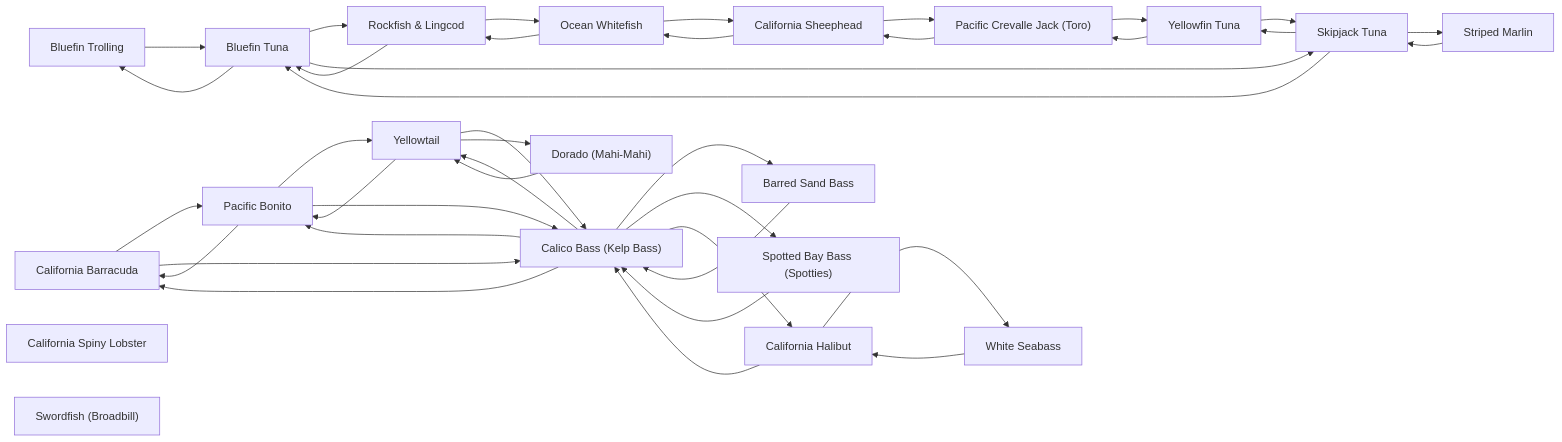
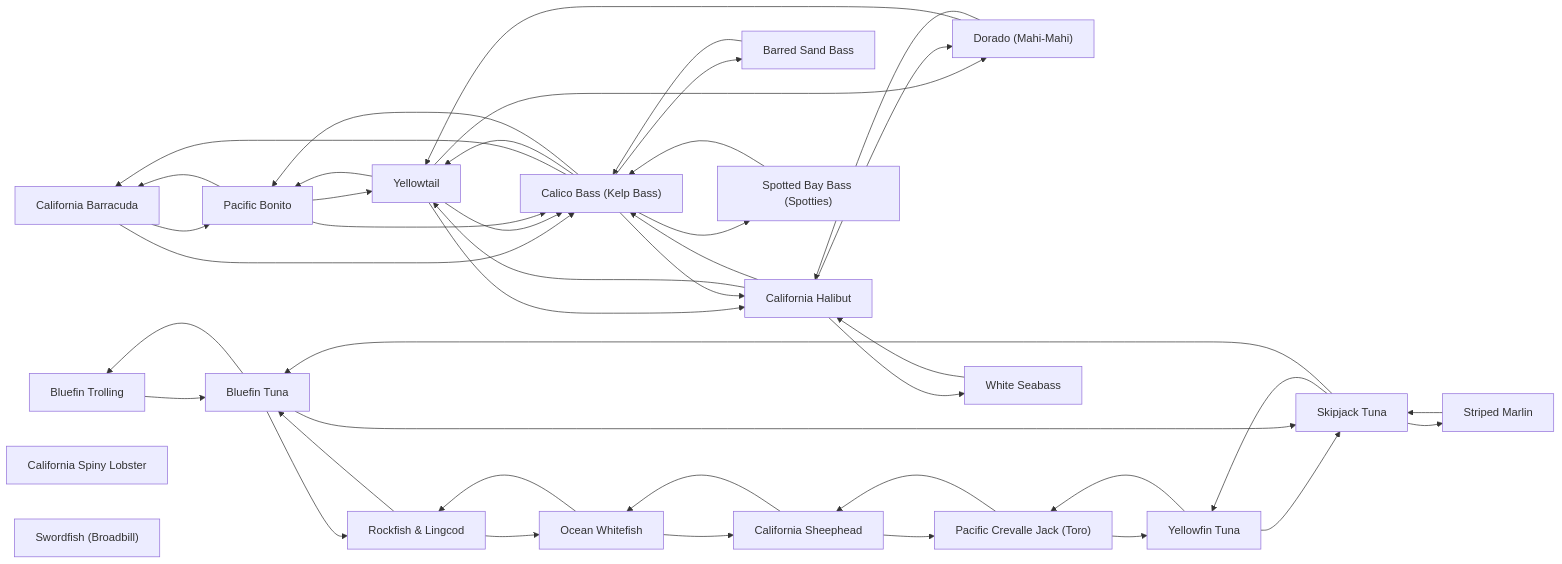
The diagram in species/README.md (camchuckpete-max/Socal-Fishing-Knowledge), drawn with Mermaid before and after one commit. The commit also changed 6 other files, not shown here.

````diff
--- a/species/README.md
+++ b/species/README.md
@@ -33,61 +33,65 @@
 ```mermaid
 graph LR
   n0["California Barracuda"]
   n1["Bluefin Trolling"]
   n2["Bluefin Tuna"]
   n3["Pacific Bonito"]
   n4["Calico Bass (Kelp Bass)"]
   n5["California Halibut"]
   n6["California Spiny Lobster"]
   n7["Dorado (Mahi-Mahi)"]
   n8["Ocean Whitefish"]
   n9["Pacific Crevalle Jack (Toro)"]
   n10["Rockfish & Lingcod"]
   n11["Barred Sand Bass"]
   n12["California Sheephead"]
   n13["Skipjack Tuna"]
   n14["Spotted Bay Bass (Spotties)"]
   n15["Striped Marlin"]
   n16["Swordfish (Broadbill)"]
   n17["White Seabass"]
   n18["Yellowfin Tuna"]
   n19["Yellowtail"]
   n0 --> n3
   n0 --> n4
   n1 --> n2
   n10 --> n2
   n10 --> n8
   n11 --> n4
   n12 --> n8
   n12 --> n9
   n13 --> n15
   n13 --> n18
   n13 --> n2
   n14 --> n4
   n15 --> n13
   n17 --> n5
   n18 --> n13
   n18 --> n9
   n19 --> n3
   n19 --> n4
+  n19 --> n5
   n19 --> n7
   n2 --> n1
   n2 --> n10
   n2 --> n13
   n3 --> n0
   n3 --> n19
   n3 --> n4
   n4 --> n0
   n4 --> n11
   n4 --> n14
   n4 --> n19
   n4 --> n3
   n4 --> n5
   n5 --> n17
+  n5 --> n19
   n5 --> n4
+  n5 --> n7
   n7 --> n19
+  n7 --> n5
   n8 --> n10
   n8 --> n12
   n9 --> n12
   n9 --> n18
 ```
````
